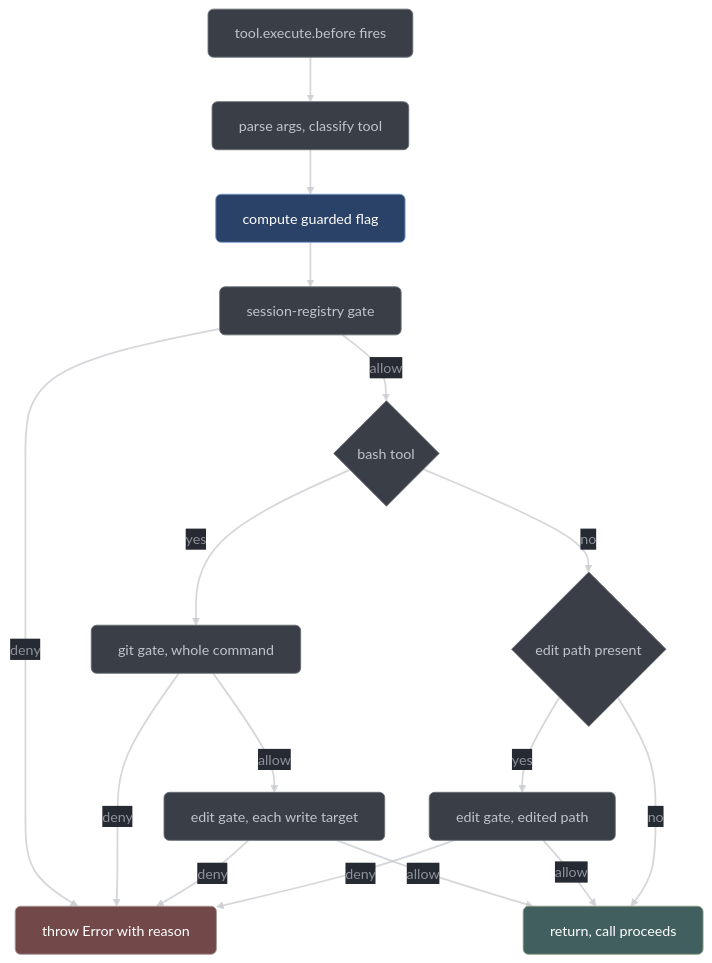
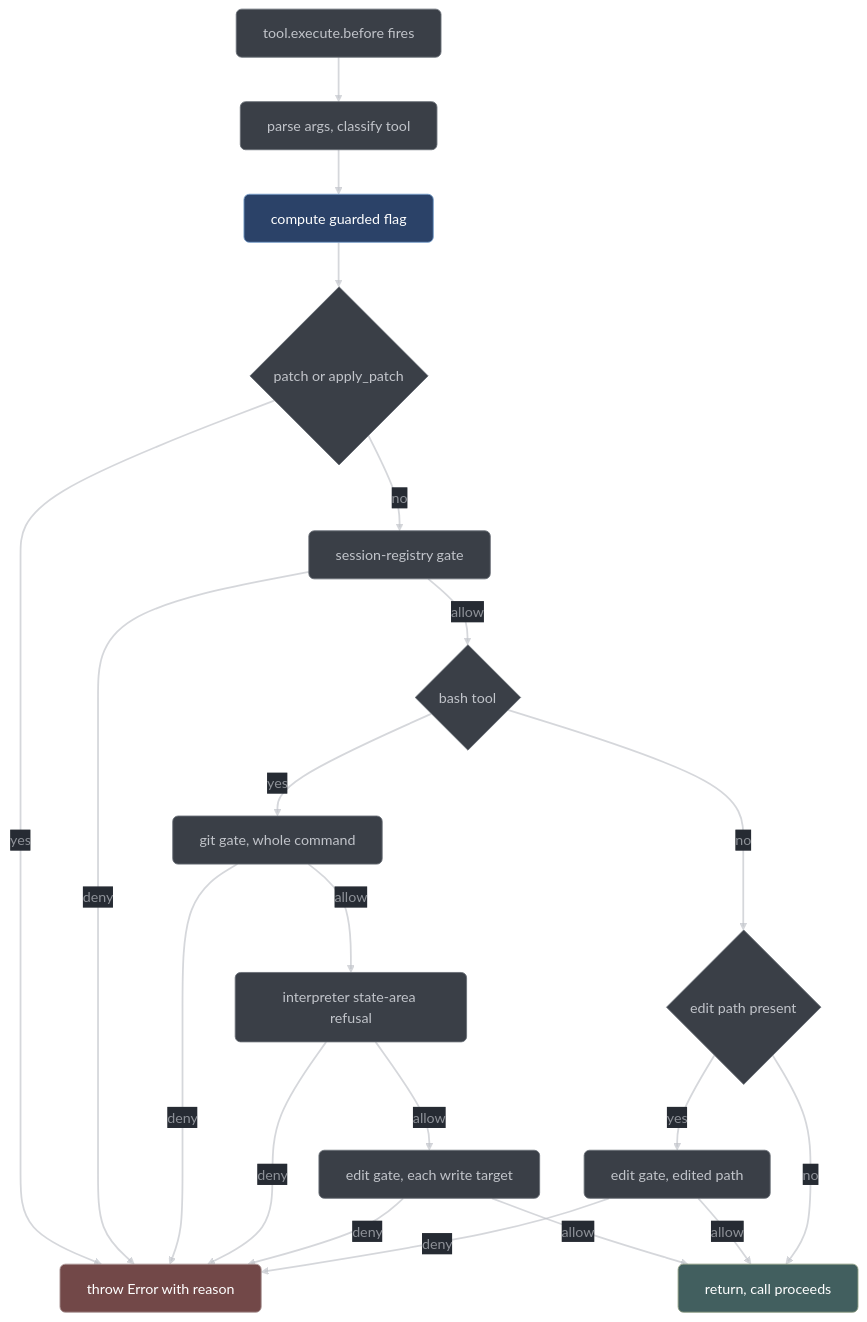
One commit to vorlac/llama-harness changed the diagram in docs/developer/gates.md. Above: the diagram before and after it, drawn with Mermaid. The commit also changed other lines of this file and 44 other files, not shown here.

Commit message:
global repo docs sync, corrections, added coverage/explanations, drift corrections, diagram layout improvements, etc

````diff
--- a/docs/developer/gates.md
+++ b/docs/developer/gates.md
@@ -53,58 +54,62 @@
 ```mermaid
 ---
 config:
     theme: 'base'
     curve: 'straight'
     themeVariables:
         darkMode: true
         clusterBkg: '#22272f62'
         clusterBorder: '#6a6f77ff'
         clusterTextColor: '#C1C4CAff'
         lineColor: '#C1C4CAAA'
         background: '#262B33'
         primaryColor: '#3a3f47ff'
         primaryTextColor: '#C1C4CAff'
         primaryBorderColor: '#6a6f77ff'
         primaryLabelBkg: '#262B33'
         secondaryColor: '#425f5fff'
         secondaryBorderColor: '#8c9c81ff'
         secondaryTextColor: '#C1C4CAff'
         tertiaryColor: '#4d4962ff'
         tertiaryBorderColor: '#8983a5ff'
         tertiaryTextColor: '#C1C4CAff'
         nodeTextColor: '#C1C4CA'
         defaultLinkColor: '#C1C4CA'
         edgeLabelBackground: '#262B33'
         labelTextColor: '#C1C4CA'
 ---
 flowchart TD
-    %% Source: conductor/adapter/tools.ts:250-350
+    %% Source: conductor/adapter/tools.ts:426-559
     Hook["tool.execute.before fires"] --> Parse["parse args, classify tool"]
     Parse --> Guarded["compute guarded flag"]
-    Guarded --> Session["session-registry gate"]
-    Session -->|deny| Deny["throw Error with reason"]
+    Guarded --> Patch{"patch or apply_patch"}
+    Patch -->|yes| Deny["throw Error with reason"]
+    Patch -->|no| Session["session-registry gate"]
+    Session -->|deny| Deny
     Session -->|allow| IsBash{"bash tool"}
     IsBash -->|yes| Git["git gate, whole command"]
     Git -->|deny| Deny
-    Git -->|allow| Targets["edit gate, each write target"]
+    Git -->|allow| Interp["interpreter state-area refusal"]
+    Interp -->|deny| Deny
+    Interp -->|allow| Targets["edit gate, each write target"]
     Targets -->|deny| Deny
     Targets -->|allow| Allow["return, call proceeds"]
     IsBash -->|no| HasPath{"edit path present"}
     HasPath -->|yes| EditPath["edit gate, edited path"]
     EditPath -->|deny| Deny
     EditPath -->|allow| Allow
     HasPath -->|no| Allow
 
     linkStyle default stroke:#C1C4CAaa,stroke-width:2px,color:#C1C4CAaa
 
     classDef neutral fill:#3a3f47,stroke:#6a6f77,color:#C1C4CA,rx:6,ry:6
     classDef accent  fill:#2b4268,stroke:#779DC9,color:#ffffff,rx:6,ry:6
     classDef warn    fill:#7a7253,stroke:#c7c19b,color:#ffffff,rx:6,ry:6
     classDef err     fill:#724848,stroke:#ac9696,color:#ffffff,rx:6,ry:6
     classDef ok      fill:#425f5f,stroke:#8c9c81,color:#ffffff,rx:6,ry:6
 
-    class Hook,Parse,Session,IsBash,Git,Targets,HasPath,EditPath neutral
+    class Hook,Parse,Patch,Session,IsBash,Git,Interp,Targets,HasPath,EditPath neutral
     class Guarded accent
     class Deny err
     class Allow ok
 ```
````
